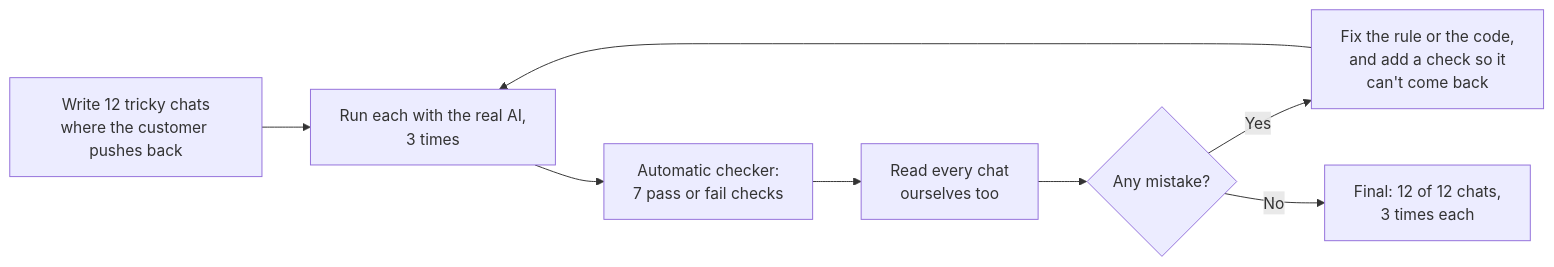
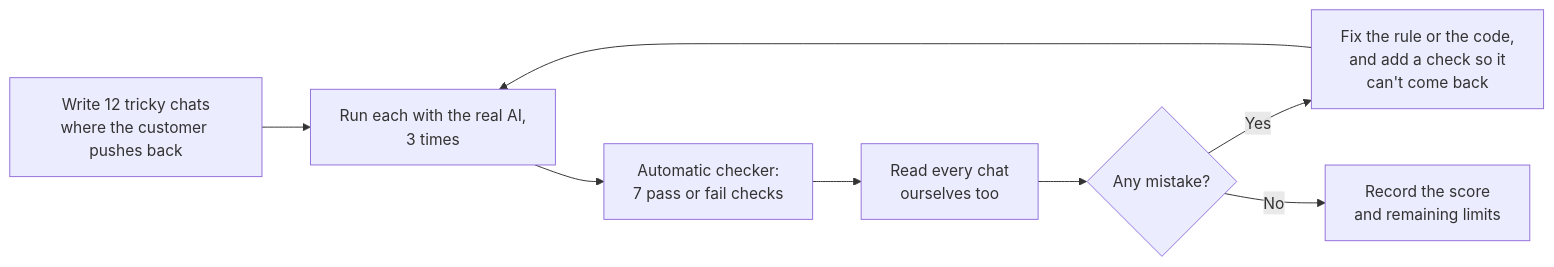
The sixth of 6 diagrams in HOW_IT_WORKS.md (Sohamumap/paylane-support-agent), drawn with Mermaid before and after one commit. The commit also changed other lines of this file and 182 other files, not shown here.

````diff
--- a/HOW_IT_WORKS.md
+++ b/HOW_IT_WORKS.md
@@ -126,10 +126,10 @@
 ```mermaid
 flowchart LR
     W["Write 12 tricky chats<br/>where the customer pushes back"] --> RUN["Run each with the real AI,<br/>3 times"]
     RUN --> CHK["Automatic checker:<br/>7 pass or fail checks"]
     CHK --> READ["Read every chat<br/>ourselves too"]
     READ --> Q{"Any mistake?"}
     Q -- "Yes" --> FIX["Fix the rule or the code,<br/>and add a check so it<br/>can't come back"]
     FIX --> RUN
-    Q -- "No" --> DONE["Final: 12 of 12 chats,<br/>3 times each"]
+    Q -- "No" --> DONE["Record the score<br/>and remaining limits"]
 ```
````
